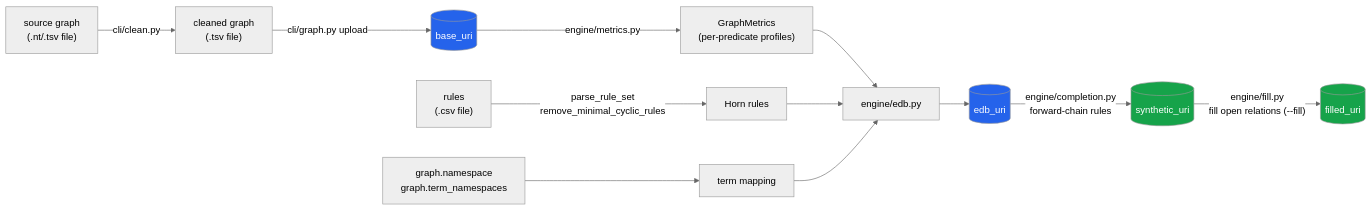
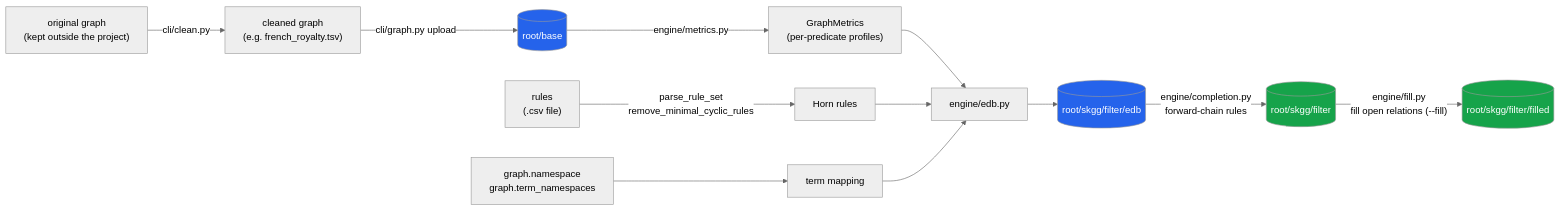
The first of 2 diagrams in docs/architecture.md (DavidGomez00/synthetic-knowledge-graph-generator), drawn with Mermaid (neutral theme) before and after one commit. The commit also changed other lines of this file and 40 other files, not shown here.

````diff
--- a/docs/architecture.md
+++ b/docs/architecture.md
@@ -9,20 +9,20 @@
 ```mermaid
 flowchart LR
-    RAW["source graph<br/>(.nt/.tsv file)"] -->|cli/clean.py| NT["cleaned graph<br/>(.tsv file)"]
-    NT -->|"cli/graph.py upload"| BASE[("base_uri")]
+    RAW["original graph<br/>(kept outside the project)"] -->|cli/clean.py| NT["cleaned graph<br/>(e.g. french_royalty.tsv)"]
+    NT -->|"cli/graph.py upload"| BASE[("root/base")]
     NS["graph.namespace<br/>graph.term_namespaces"] --> TERM["term mapping"]
     RULES["rules<br/>(.csv file)"] -->|"parse_rule_set<br/>remove_minimal_cyclic_rules"| HORN["Horn rules"]
 
     BASE -->|engine/metrics.py| METRICS["GraphMetrics<br/>(per-predicate profiles)"]
 
     METRICS & HORN & TERM --> EDBGEN["engine/edb.py"]
-    EDBGEN --> EDB[("edb_uri")]
+    EDBGEN --> EDB[("root/skgg/filter/edb")]
 
-    EDB -->|"engine/completion.py<br/>forward-chain rules"| SYN[("synthetic_uri")]
-    SYN -->|"engine/fill.py<br/>fill open relations (--fill)"| FILLED[("filled_uri")]
+    EDB -->|"engine/completion.py<br/>forward-chain rules"| SYN[("root/skgg/filter")]
+    SYN -->|"engine/fill.py<br/>fill open relations (--fill)"| FILLED[("root/skgg/filter/filled")]
 
     style BASE fill:#2563eb,color:#fff
     style EDB fill:#2563eb,color:#fff
     style SYN fill:#16a34a,color:#fff
     style FILLED fill:#16a34a,color:#fff
 ```
````
